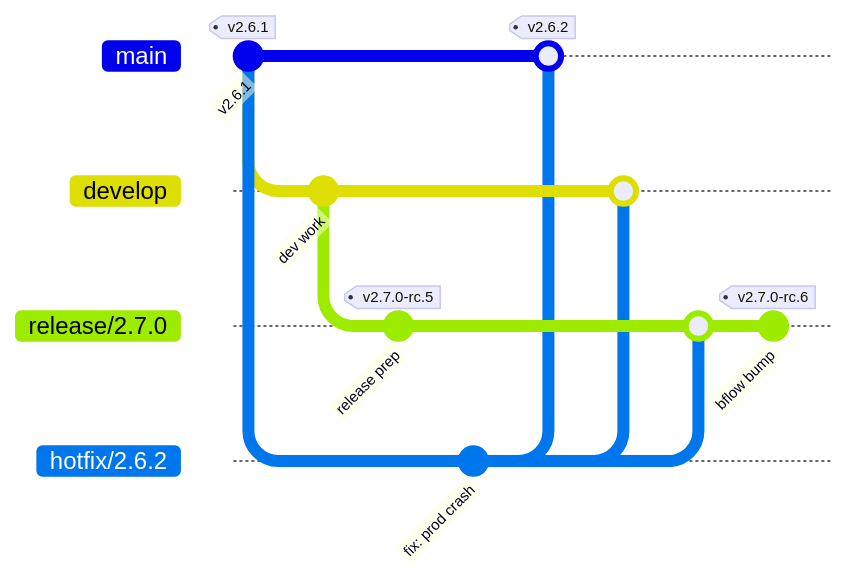
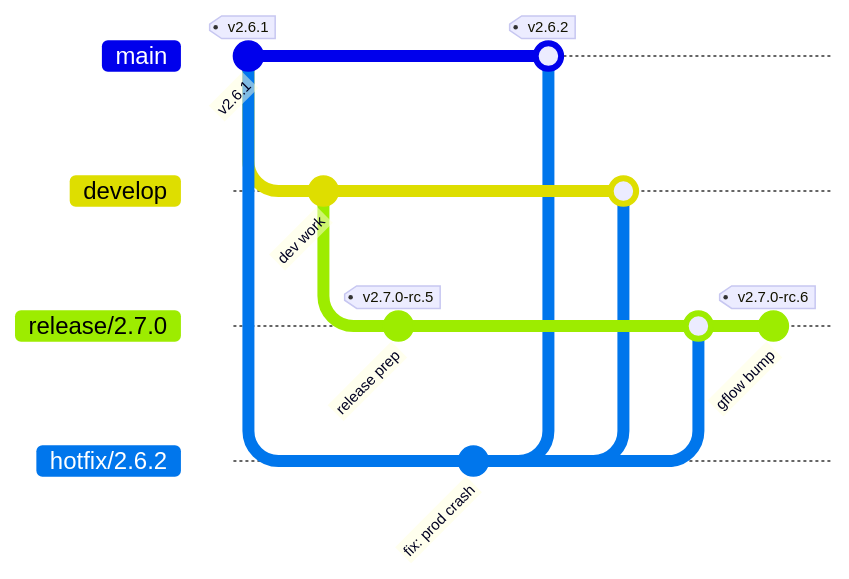
Before and after one commit to middelkampdev/gflow: the fifth of 7 diagrams in README.md, drawn with Mermaid. The commit also changed other lines of this file and 55 other files, not shown here.

Commit message:
feat!: rebrand bflow to gflow under jopmiddelkamp/gflow

````diff
--- a/README.md
+++ b/README.md
@@ -544,18 +544,18 @@
 ```mermaid
 gitGraph
     commit id: "v2.6.1" tag: "v2.6.1"
     branch develop
     commit id: "dev work"
     branch release/2.7.0
     commit id: "release prep" tag: "v2.7.0-rc.5"
     checkout main
     branch hotfix/2.6.2
     commit id: "fix: prod crash"
     checkout main
     merge hotfix/2.6.2 tag: "v2.6.2"
     checkout develop
     merge hotfix/2.6.2
     checkout release/2.7.0
     merge hotfix/2.6.2
-    commit id: "bflow bump" tag: "v2.7.0-rc.6"
+    commit id: "gflow bump" tag: "v2.7.0-rc.6"
 ```
````
